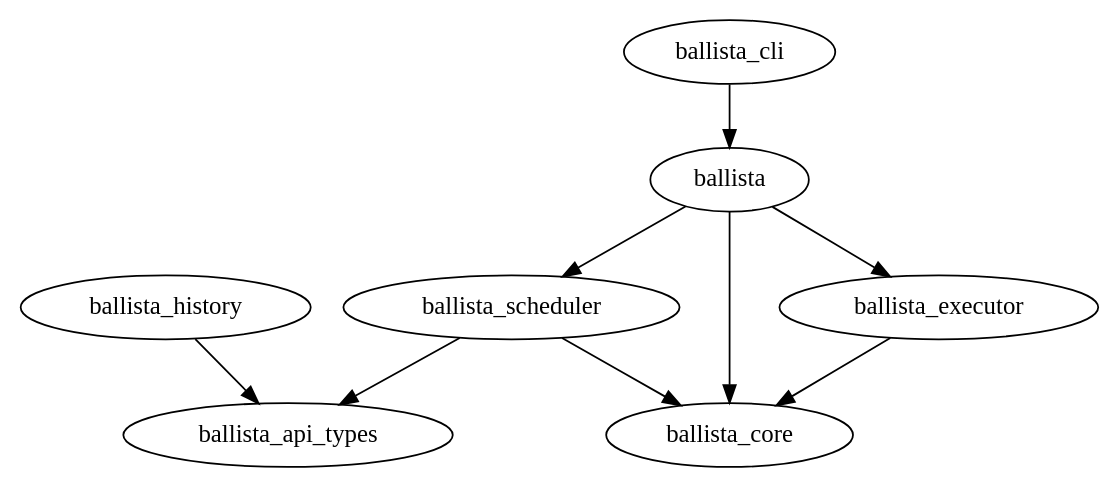
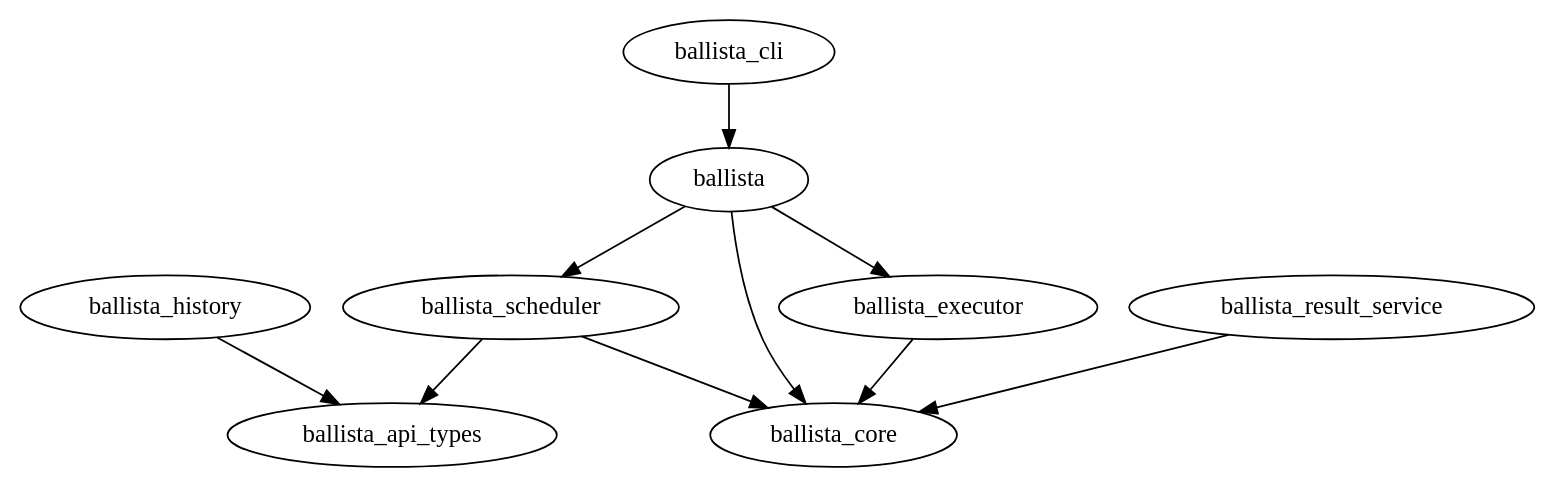
One commit to apache/datafusion-ballista changed the diagram in dev/release/crate-deps.dot. Above: the diagram before and after it, drawn with Graphviz. The commit also changed 9 other files, not shown here.

First line of the commit message:
feat: publish the Result Service crate and Docker image

```diff
--- a/dev/release/crate-deps.dot
+++ b/dev/release/crate-deps.dot
@@ -1,41 +1,44 @@
 // Licensed to the Apache Software Foundation (ASF) under one
 // or more contributor license agreements.  See the NOTICE file
 // distributed with this work for additional information
 // regarding copyright ownership.  The ASF licenses this file
 // to you under the Apache License, Version 2.0 (the
 // "License"); you may not use this file except in compliance
 // with the License.  You may obtain a copy of the License at
 //
 //   http://www.apache.org/licenses/LICENSE-2.0
 //
 // Unless required by applicable law or agreed to in writing,
 // software distributed under the License is distributed on an
 // "AS IS" BASIS, WITHOUT WARRANTIES OR CONDITIONS OF ANY
 // KIND, either express or implied.  See the License for the
 // specific language governing permissions and limitations
 // under the License.
 
 digraph G {
 
     ballista_core
     ballista_api_types
     ballista_history
     ballista_scheduler
     ballista_executor
+    ballista_result_service
     ballista
     ballista_cli
 
     ballista_scheduler -> ballista_core
     ballista_scheduler -> ballista_api_types
 
     ballista_history -> ballista_api_types
 
     ballista_executor -> ballista_core
 
+    ballista_result_service -> ballista_core
+
     ballista -> ballista_core
     ballista -> ballista_scheduler
     ballista -> ballista_executor
 
 	ballista_cli -> ballista
 
 }
```
